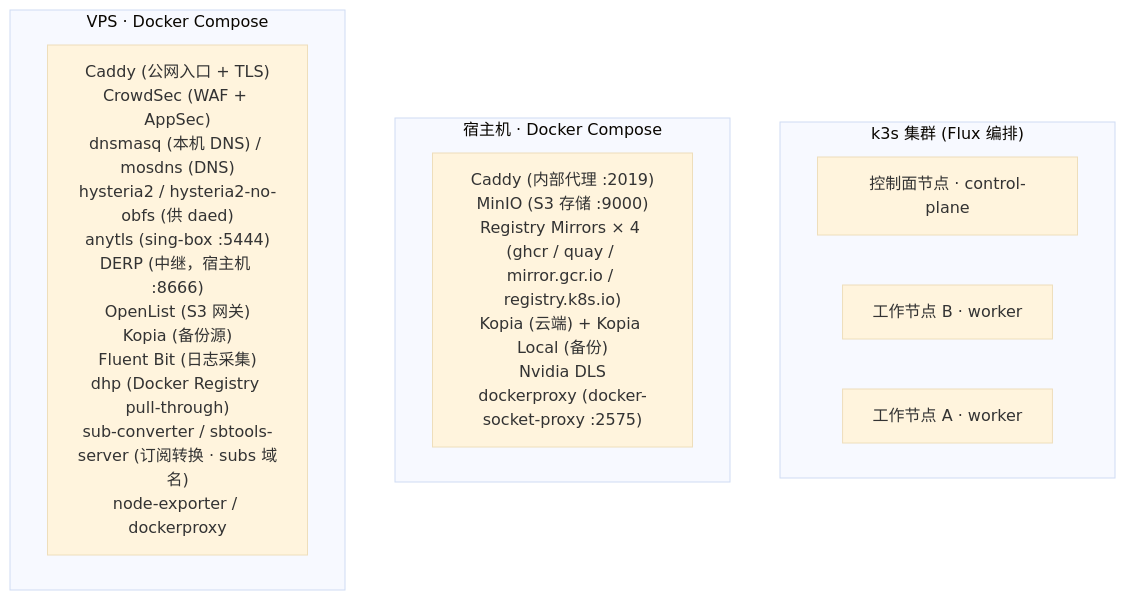
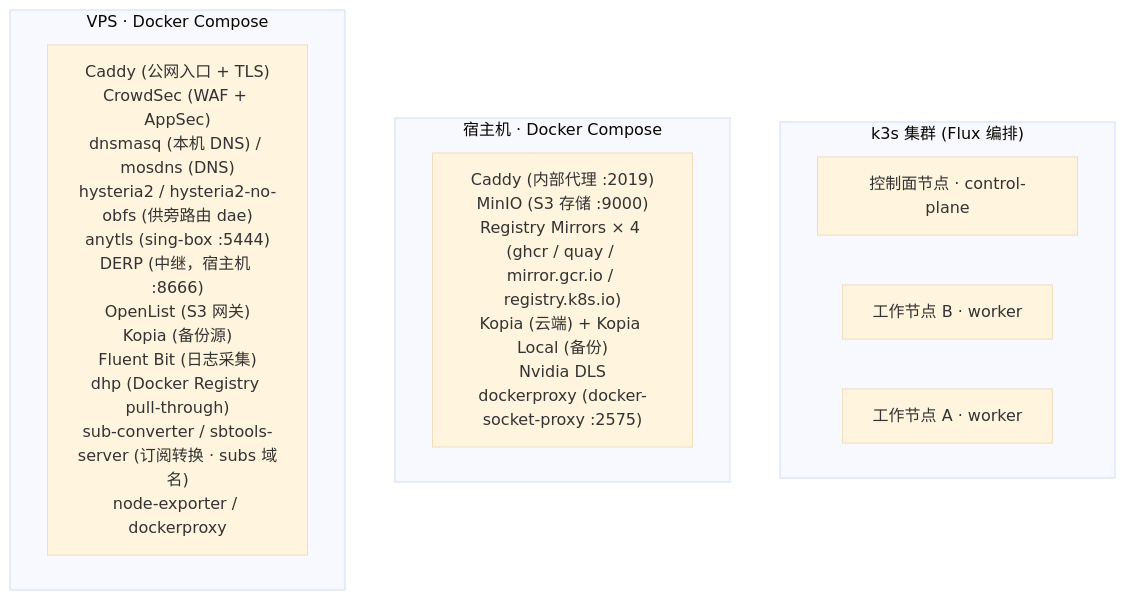
Before and after one commit to shelken/home-ops: the third of 8 diagrams in docs/ARCHITECTURE.md, drawn with Mermaid (base theme). The commit also changed other lines of this file and 11 other files, not shown here.

First line of the commit message:
feat(router): 旁路由 dae 声明式下发，取代 daed

````diff
--- a/docs/ARCHITECTURE.md
+++ b/docs/ARCHITECTURE.md
@@ -130,32 +130,32 @@
 ```mermaid
 graph TB
     subgraph K3S["k3s 集群 (Flux 编排)"]
         NODE_SAKA["控制面节点 · control-plane"]
         NODE_H1["工作节点 B · worker"]
         NODE_YUUKO["工作节点 A · worker"]
     end
 
     subgraph COMPOSE_SAKA["宿主机 · Docker Compose"]
         CD_SAKA["Caddy (内部代理 :2019)
 MinIO (S3 存储 :9000)
 Registry Mirrors × 4 (ghcr / quay / mirror.gcr.io / registry.k8s.io)
 Kopia (云端) + Kopia Local (备份)
 Nvidia DLS
 dockerproxy (docker-socket-proxy :2575)"]
     end
 
     subgraph COMPOSE_VPS["VPS · Docker Compose"]
         CD_VPS["Caddy (公网入口 + TLS)
 CrowdSec (WAF + AppSec)
 dnsmasq (本机 DNS) / mosdns (DNS)
-hysteria2 / hysteria2-no-obfs (供 daed)
+hysteria2 / hysteria2-no-obfs (供旁路由 dae)
 anytls (sing-box :5444)
 DERP (中继，宿主机 :8666)
 OpenList (S3 网关)
 Kopia (备份源)
 Fluent Bit (日志采集)
 dhp (Docker Registry pull-through)
 sub-converter / sbtools-server (订阅转换 · subs 域名)
 node-exporter / dockerproxy"]
     end
 ```
````
